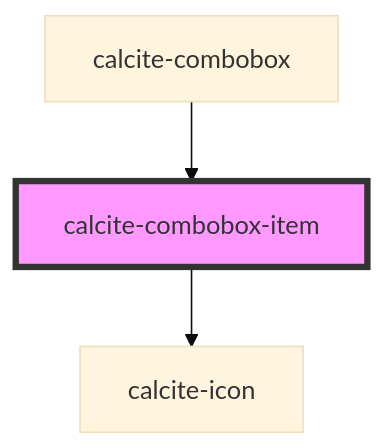
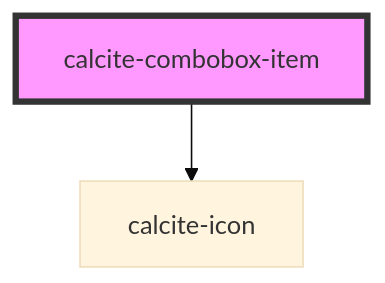
The diagram in src/components/calcite-combobox-item/readme.md (vikivakarvc/calcite-design-system), drawn with Mermaid (base theme) before and after one commit. The commit also changed other lines of this file and 60 other files, not shown here.

````diff
--- a/src/components/calcite-combobox-item/readme.md
+++ b/src/components/calcite-combobox-item/readme.md
@@ -47,6 +43,5 @@
 ```mermaid
 graph TD;
   calcite-combobox-item --> calcite-icon
-  calcite-combobox --> calcite-combobox-item
   style calcite-combobox-item fill:#f9f,stroke:#333,stroke-width:4px
 ```
````
